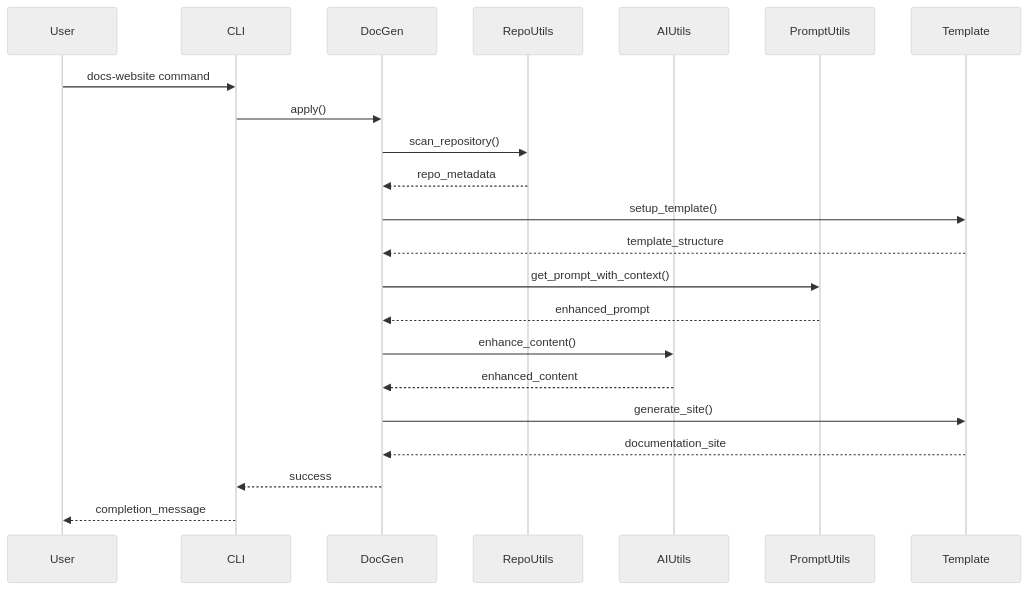
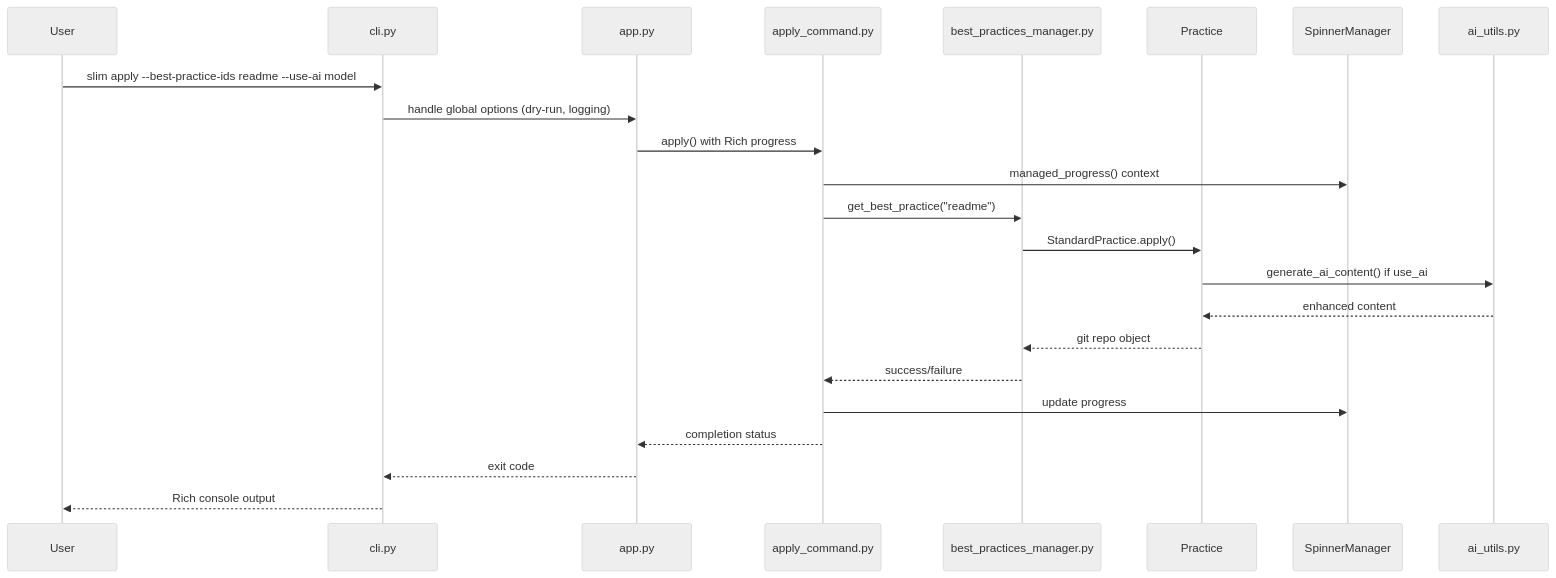
The second of 3 diagrams in ARCHITECTURE.md (NASA-AMMOS/slim-cli), drawn with Mermaid (neutral theme) before and after one commit. The commit also changed other lines of this file and 3 other files, not shown here.

````diff
--- a/ARCHITECTURE.md
+++ b/ARCHITECTURE.md
@@ -178,25 +256,26 @@
 ```mermaid
 sequenceDiagram
     participant User
-    participant CLI
-    participant DocGen
-    participant RepoUtils
-    participant AIUtils
-    participant PromptUtils
-    participant Template
+    participant CLI as cli.py
+    participant App as app.py
+    participant Cmd as apply_command.py
+    participant Mgr as best_practices_manager.py
+    participant Practice
+    participant Spinner as SpinnerManager
+    participant AI as ai_utils.py
 
-    User->>CLI: docs-website command
-    CLI->>DocGen: apply()
-    DocGen->>RepoUtils: scan_repository()
-    RepoUtils-->>DocGen: repo_metadata
-    DocGen->>Template: setup_template()
-    Template-->>DocGen: template_structure
-    DocGen->>PromptUtils: get_prompt_with_context()
-    PromptUtils-->>DocGen: enhanced_prompt
-    DocGen->>AIUtils: enhance_content()
-    AIUtils-->>DocGen: enhanced_content
-    DocGen->>Template: generate_site()
-    Template-->>DocGen: documentation_site
-    DocGen-->>CLI: success
-    CLI-->>User: completion_message
+    User->>CLI: slim apply --best-practice-ids readme --use-ai model
+    CLI->>App: handle global options (dry-run, logging)
+    App->>Cmd: apply() with Rich progress
+    Cmd->>Spinner: managed_progress() context
+    Cmd->>Mgr: get_best_practice("readme")
+    Mgr->>Practice: StandardPractice.apply()
+    Practice->>AI: generate_ai_content() if use_ai
+    AI-->>Practice: enhanced content
+    Practice-->>Mgr: git repo object
+    Mgr-->>Cmd: success/failure
+    Cmd->>Spinner: update progress
+    Cmd-->>App: completion status
+    App-->>CLI: exit code
+    CLI-->>User: Rich console output
 ```
````
